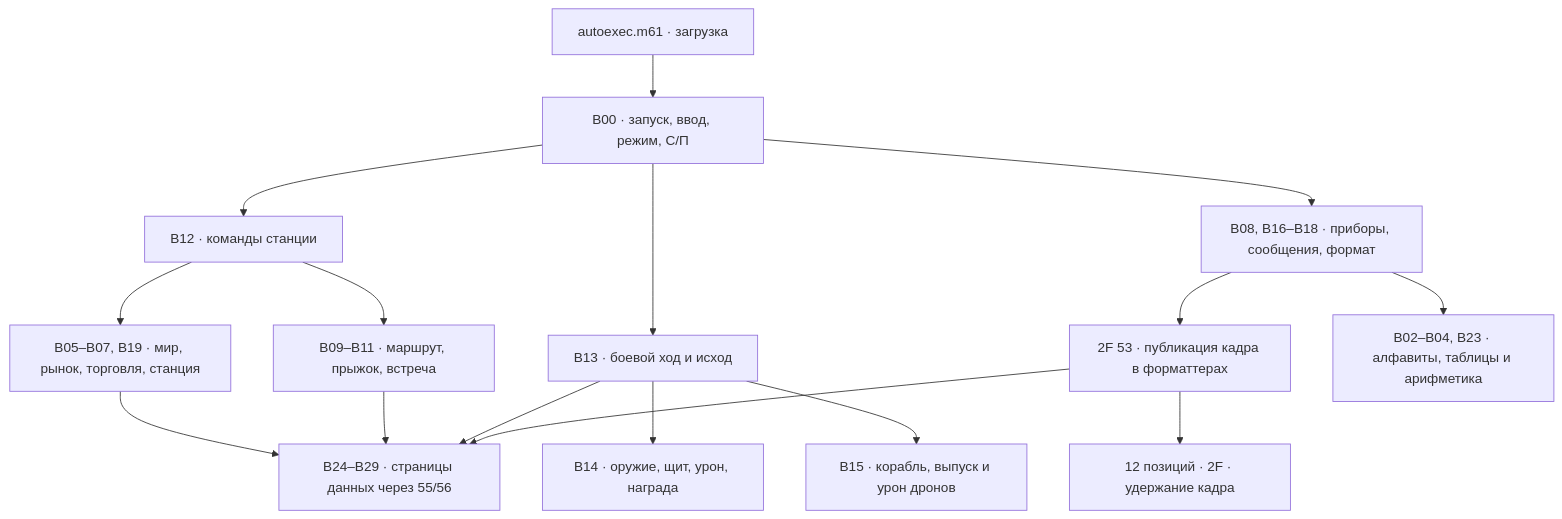
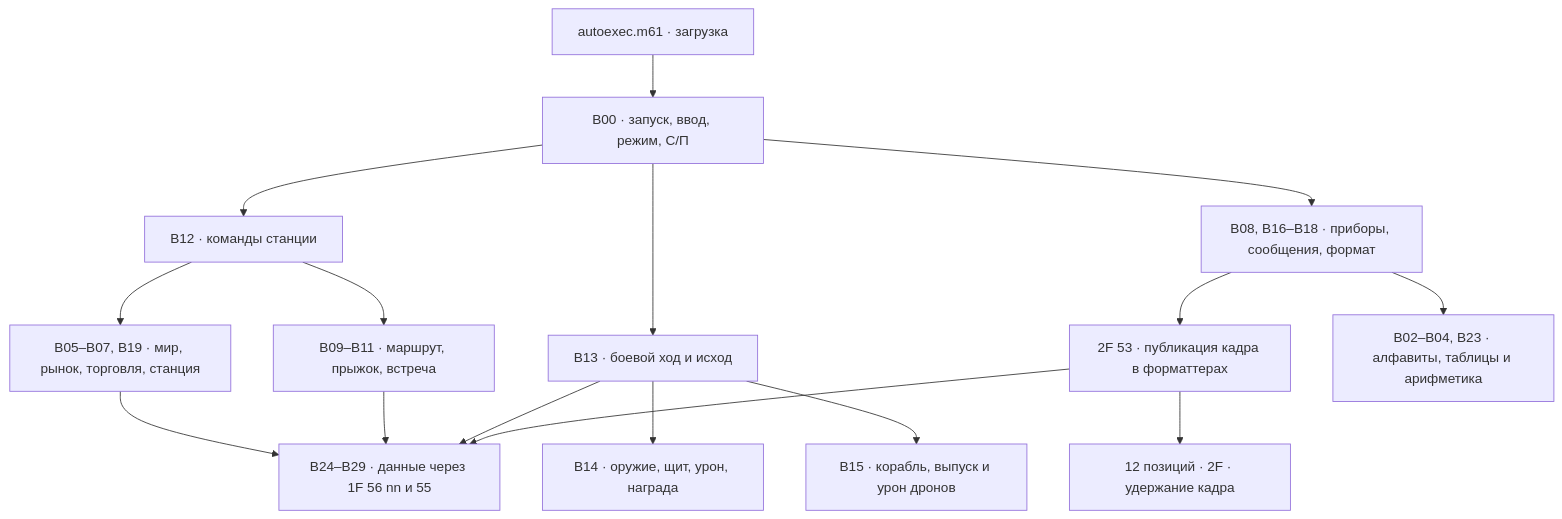
Before and after one commit to bolknote/MK61S_MINI: the diagram in doc/design/Segment-Elite.md, drawn with Mermaid. The commit also changed other lines of this file and 13 other files, not shown here.

````diff
--- a/doc/design/Segment-Elite.md
+++ b/doc/design/Segment-Elite.md
@@ -27,18 +27,18 @@
 ```mermaid
 flowchart TD
     L["autoexec.m61 · загрузка"] --> K["B00 · запуск, ввод, режим, С/П"]
     K --> I["B12 · команды станции"]
     I --> T["B05–B07, B19 · мир, рынок, торговля, станция"]
     I --> N["B09–B11 · маршрут, прыжок, встреча"]
     K --> B["B13 · боевой ход и исход"]
     B --> W["B14 · оружие, щит, урон, награда"]
     B --> E["B15 · корабль, выпуск и урон дронов"]
     K --> V["B08, B16–B18 · приборы, сообщения, формат"]
     V --> D["2F 53 · публикация кадра в форматтерах"]
     V --> G["B02–B04, B23 · алфавиты, таблицы и арифметика"]
     D --> LCD["12 позиций · 2F · удержание кадра"]
-    T --> P["B24–B29 · страницы данных через 55/56"]
+    T --> P["B24–B29 · данные через 1F 56 nn и 55"]
     N --> P
     B --> P
     D --> P
 ```
````
